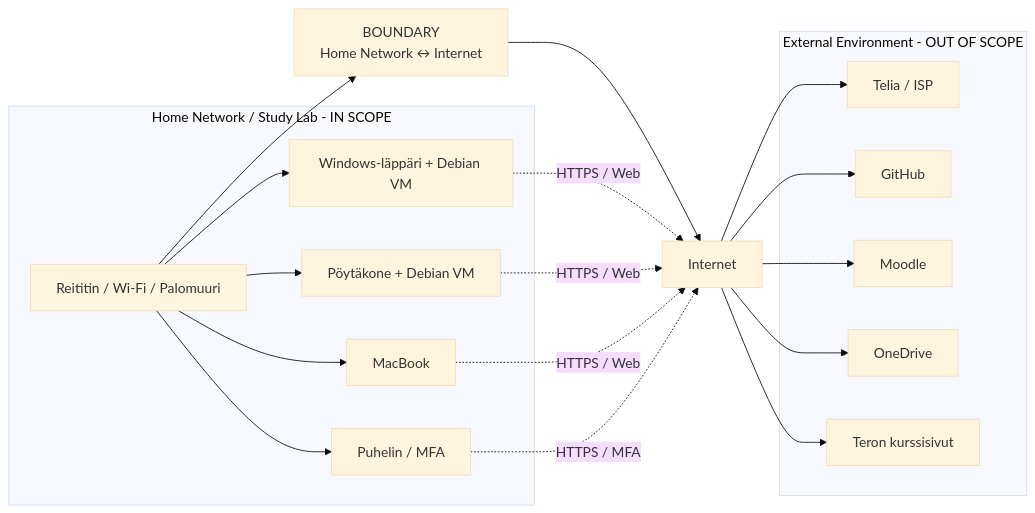
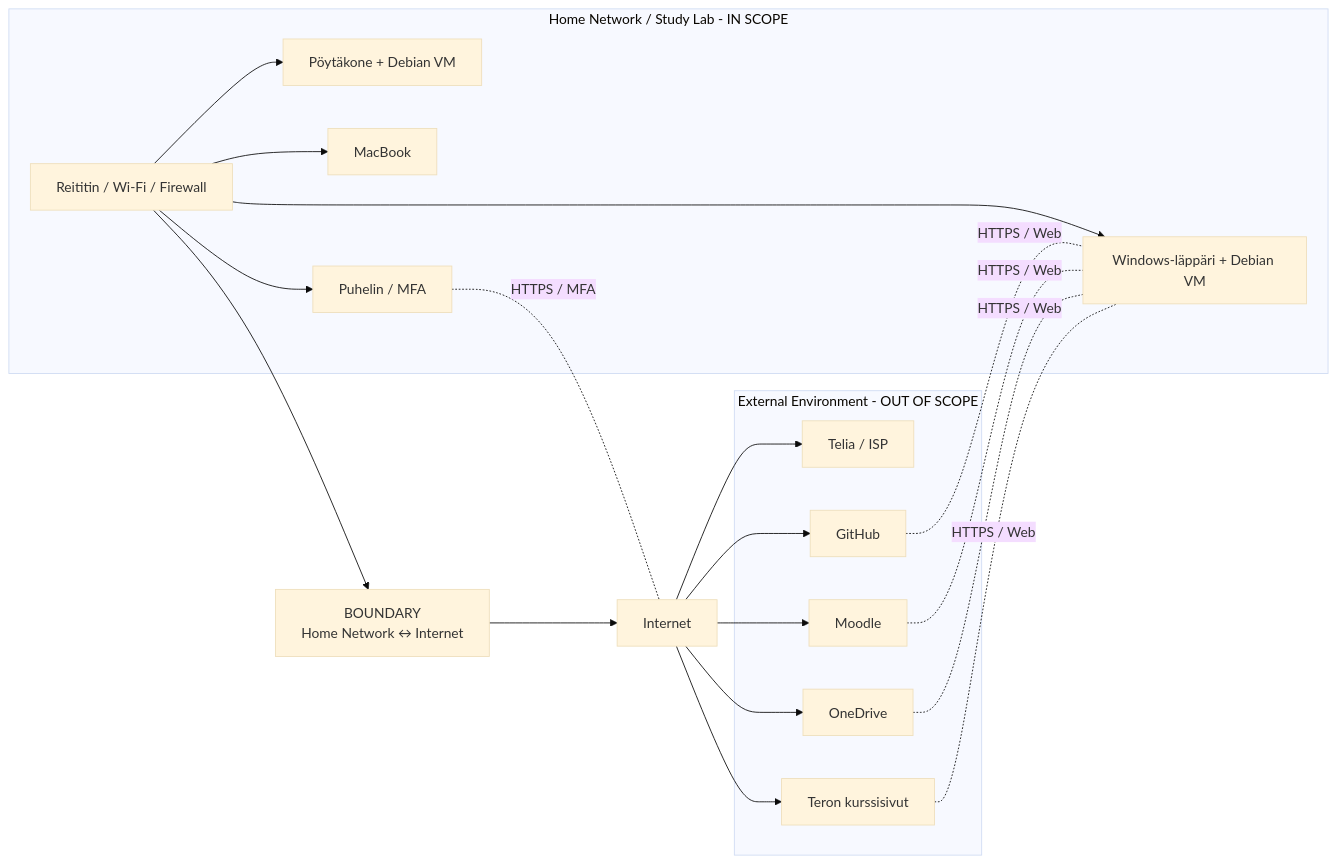
Before and after one commit to Ralchuu/sovellustenhakkerointi: the diagram in h1.md, drawn with Mermaid (base theme).

````diff
--- a/h1.md
+++ b/h1.md
@@ -89,41 +89,42 @@
 ```mermaid
 flowchart LR
     subgraph IN["Home Network / Study Lab - IN SCOPE"]
-        Router["Reititin / Wi-Fi / Palomuuri"]
+        Router["Reititin / Wi-Fi / Firewall"]
         Laptop["Windows-läppäri + Debian VM"]
         Desktop["Pöytäkone + Debian VM"]
         Mac["MacBook"]
         Phone["Puhelin / MFA"]
 
         Router --> Laptop
         Router --> Desktop
         Router --> Mac
         Router --> Phone
     end
 
     Boundary["BOUNDARY<br/>Home Network ↔ Internet"]
 
     Internet["Internet"]
 
     subgraph OUT["External Environment - OUT OF SCOPE"]
         ISP["Telia / ISP"]
         GitHub["GitHub"]
         Moodle["Moodle"]
         OneDrive["OneDrive"]
         Tero["Teron kurssisivut"]
     end
 
     Router --> Boundary
     Boundary --> Internet
 
     Internet --> ISP
     Internet --> GitHub
     Internet --> Moodle
     Internet --> OneDrive
     Internet --> Tero
 
-    Laptop -. "HTTPS / Web" .-> Internet
-    Desktop -. "HTTPS / Web" .-> Internet
-    Mac -. "HTTPS / Web" .-> Internet
-    Phone -. "HTTPS / MFA" .-> Internet
+    GitHub -. "HTTPS / Web" .- Laptop
+    Moodle -. "HTTPS / Web" .- Laptop
+    OneDrive -. "HTTPS / Web" .- Laptop
+    Tero -. "HTTPS / Web" .- Laptop
+    Phone -. "HTTPS / MFA" .- Internet
 ```
````
